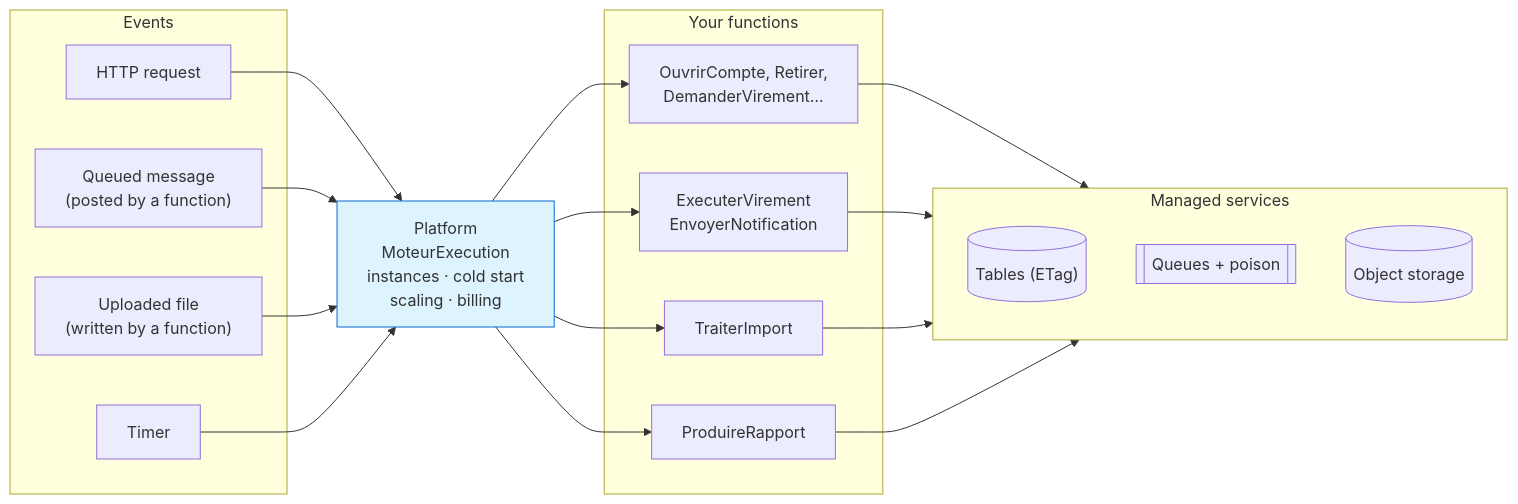
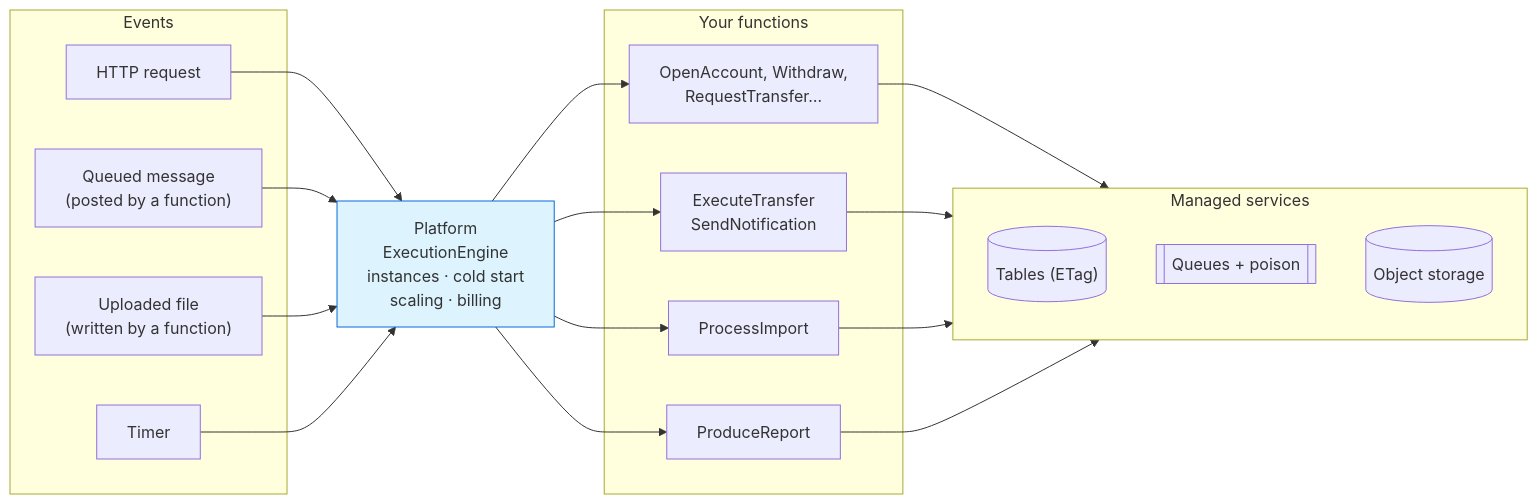
One commit to drangoht/ArchitecturesDemo changed the first of 4 diagrams in Docs/en/12-serverless.md. Above: the diagram before and after it, drawn with Mermaid. The commit also changed other lines of this file and 78 other files, not shown here.

First line of the commit message:
Docs EN : identifiants, liens, diagrammes et sorties alignés sur le code anglais

````diff
--- a/Docs/en/12-serverless.md
+++ b/Docs/en/12-serverless.md
@@ -21,30 +21,30 @@
 ```mermaid
 flowchart LR
     subgraph Evenements["Events"]
         H["HTTP request"]
         F["Queued message<br/>(posted by a function)"]
         S["Uploaded file<br/>(written by a function)"]
         M["Timer"]
     end
-    Mo["Platform<br/>MoteurExecution<br/>instances · cold start<br/>scaling · billing"]
+    Mo["Platform<br/>ExecutionEngine<br/>instances · cold start<br/>scaling · billing"]
     subgraph Fonctions["Your functions"]
-        F1["OuvrirCompte, Retirer,<br/>DemanderVirement…"]
-        F2["ExecuterVirement<br/>EnvoyerNotification"]
-        F3["TraiterImport"]
-        F4["ProduireRapport"]
+        F1["OpenAccount, Withdraw,<br/>RequestTransfer…"]
+        F2["ExecuteTransfer<br/>SendNotification"]
+        F3["ProcessImport"]
+        F4["ProduceReport"]
     end
     subgraph Geres["Managed services"]
         T[("Tables (ETag)")]
         Q[["Queues + poison"]]
         B[("Object storage")]
     end
     H --> Mo
     F --> Mo
     S --> Mo
     M --> Mo
     Mo --> F1 & F2 & F3 & F4
     F1 & F2 & F3 & F4 --> Geres
 
     classDef plateforme fill:#ddf4ff,stroke:#0969da
     class Mo plateforme
 ```
````
